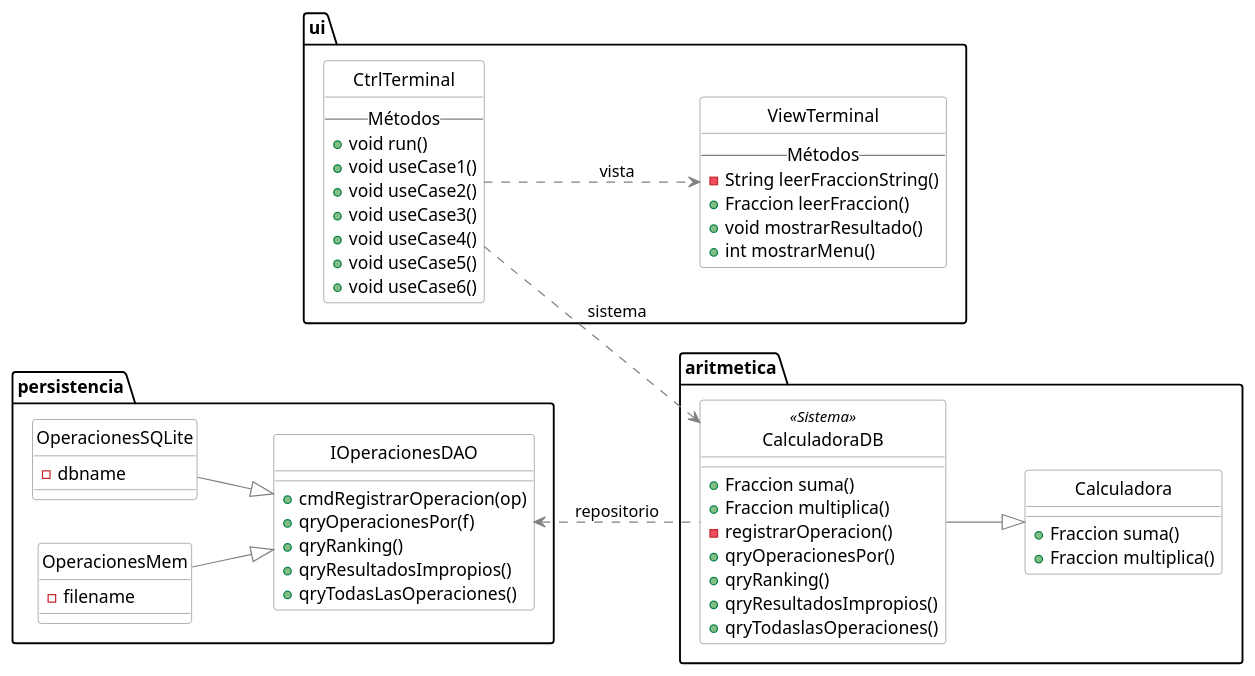
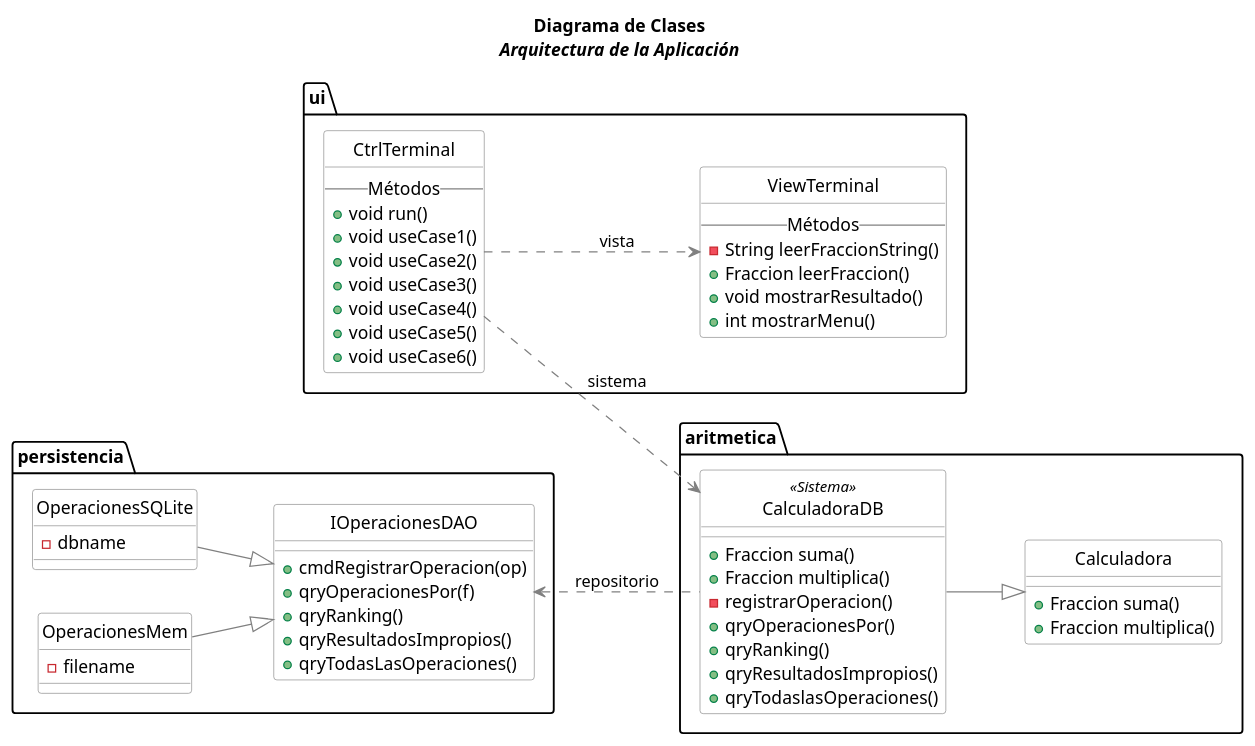
Before and after one commit to srlopez/RUP: the third of 5 diagrams in ejemplos/fraccion_completo.md, drawn with PlantUML. The commit also changed other lines of this file, not shown here.

````diff
--- a/ejemplos/fraccion_completo.md
+++ b/ejemplos/fraccion_completo.md
@@ -204,76 +191,77 @@
 ```plantuml
 @startuml
+title <b>Diagrama de Clases</b>\n<i>Arquitectura de la Aplicación</i>
 left to right direction
 skinparam class {
   skinparam monochrome true
   skinparam shadowing false
   BackgroundColor White
   BorderColor Gray
   ' FontName Consolas
   ArrowColor Gray
 }
 scale 1
 hide circle
 
 package aritmetica {
   class Calculadora {
     +Fraccion suma()
     +Fraccion multiplica()
   }
   class CalculadoraDB<<Sistema>> {
     +Fraccion suma()
     +Fraccion multiplica()
     -registrarOperacion()
     +qryOperacionesPor()
     +qryRanking() 
     +qryResultadosImpropios()
     +qryTodaslasOperaciones()
   }
 }
 package ui {
 
   class CtrlTerminal{
   -- Métodos --
     +void run()
     +void useCase1()
     +void useCase2()
     +void useCase3()
     +void useCase4()
     +void useCase5()
     +void useCase6()
   }
 
   class ViewTerminal{
   -- Métodos --
     - String leerFraccionString()
     +Fraccion leerFraccion()
     +void mostrarResultado()
     +int mostrarMenu()
   }
 }
 
 package persistencia {
     class OperacionesSQLite{ 
       -dbname 
     }
     class OperacionesMem{ 
       -filename 
     }
 
     class IOperacionesDAO
     {
     +cmdRegistrarOperacion(op)
     +qryOperacionesPor(f)
     +qryRanking() 
     +qryResultadosImpropios()
     +qryTodasLasOperaciones() 
     }
 }
 IOperacionesDAO <.. CalculadoraDB : repositorio
 CalculadoraDB --|> Calculadora
 CtrlTerminal ..> CalculadoraDB: sistema 
 CtrlTerminal ..> ViewTerminal: vista
 OperacionesSQLite --|> IOperacionesDAO
 OperacionesMem --|> IOperacionesDAO
 @enduml
 ```
````
